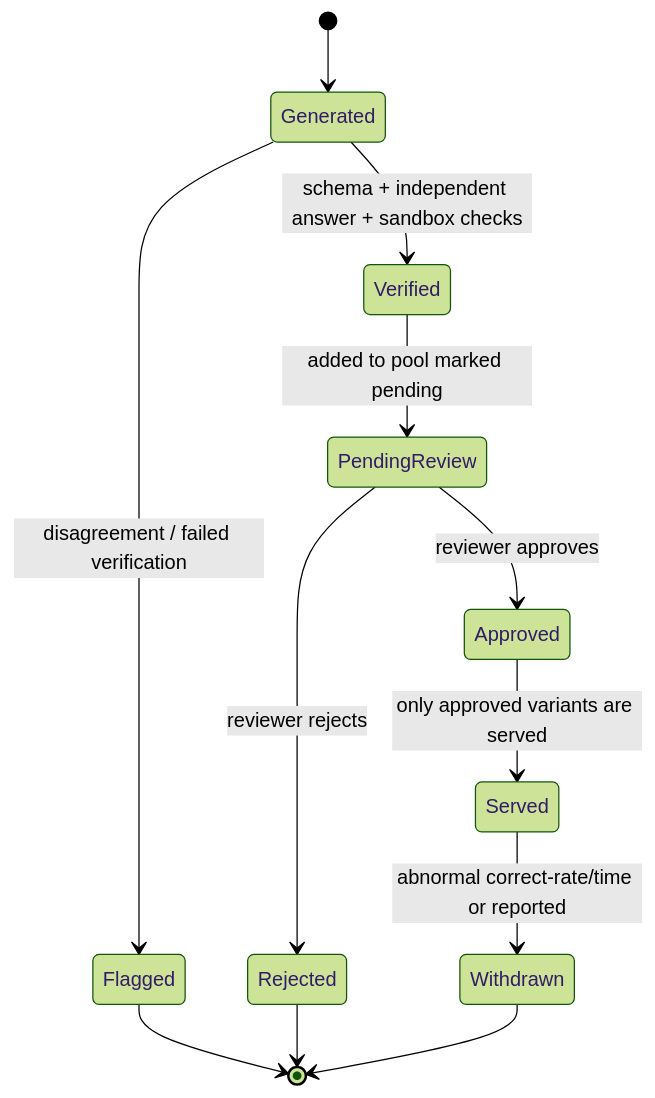
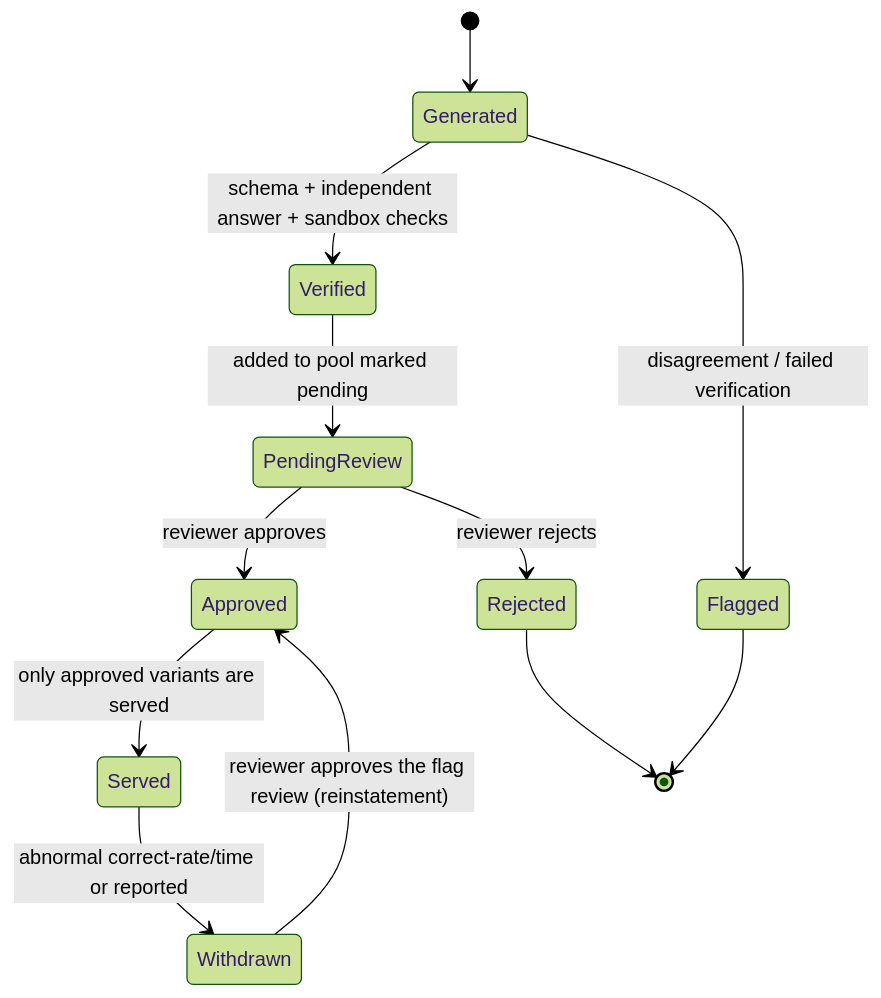
One commit to kanli-adanlessossi/edu-it changed the second of 5 diagrams in docs/AI-CONTENT-DESIGN.md. Above: the diagram before and after it, drawn with Mermaid (forest theme). The commit also changed other lines of this file and 350 other files, not shown here.

````diff
--- a/docs/AI-CONTENT-DESIGN.md
+++ b/docs/AI-CONTENT-DESIGN.md
@@ -146,14 +147,14 @@
 ```mermaid
 stateDiagram-v2
     [*] --> Generated
     Generated --> Verified: schema + independent answer + sandbox checks
     Generated --> Flagged: disagreement / failed verification
     Verified --> PendingReview: added to pool marked pending
     PendingReview --> Approved: reviewer approves
     PendingReview --> Rejected: reviewer rejects
     Approved --> Served: only approved variants are served
     Served --> Withdrawn: abnormal correct-rate/time or reported
     Flagged --> [*]
     Rejected --> [*]
-    Withdrawn --> [*]
+    Withdrawn --> Approved: reviewer approves the flag review (reinstatement)
 ```
````
